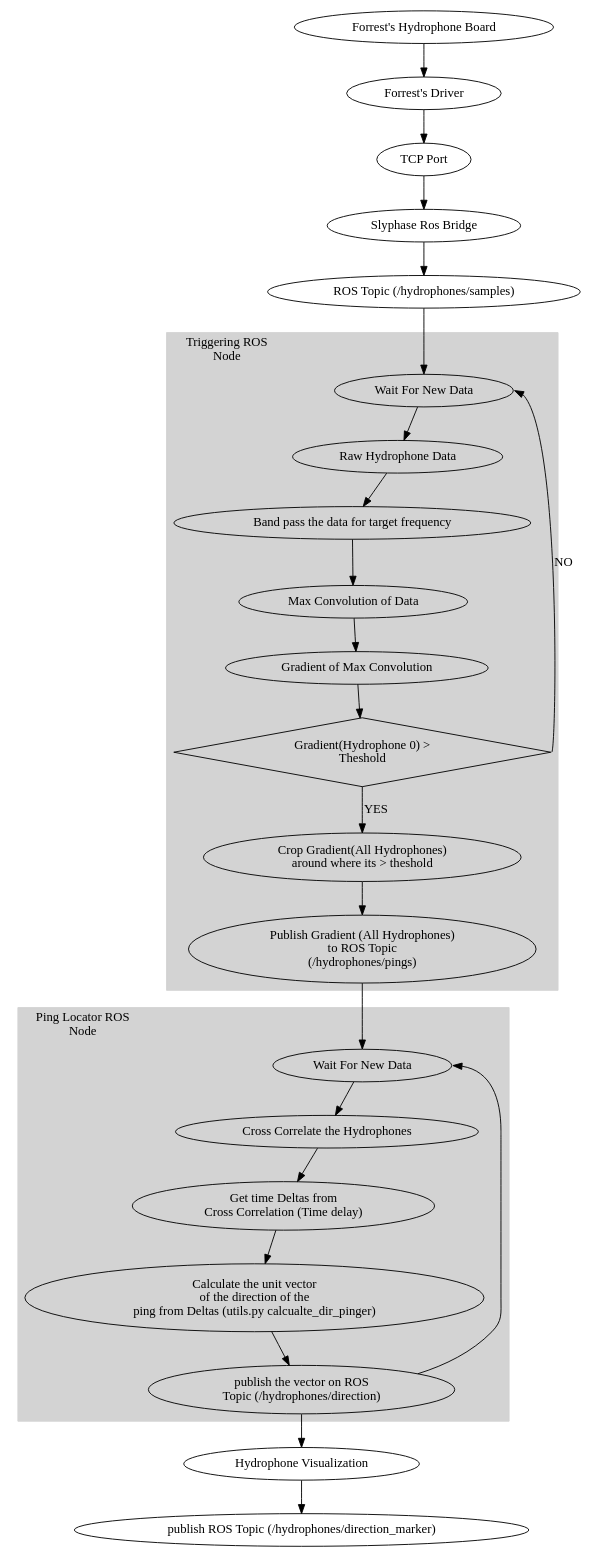
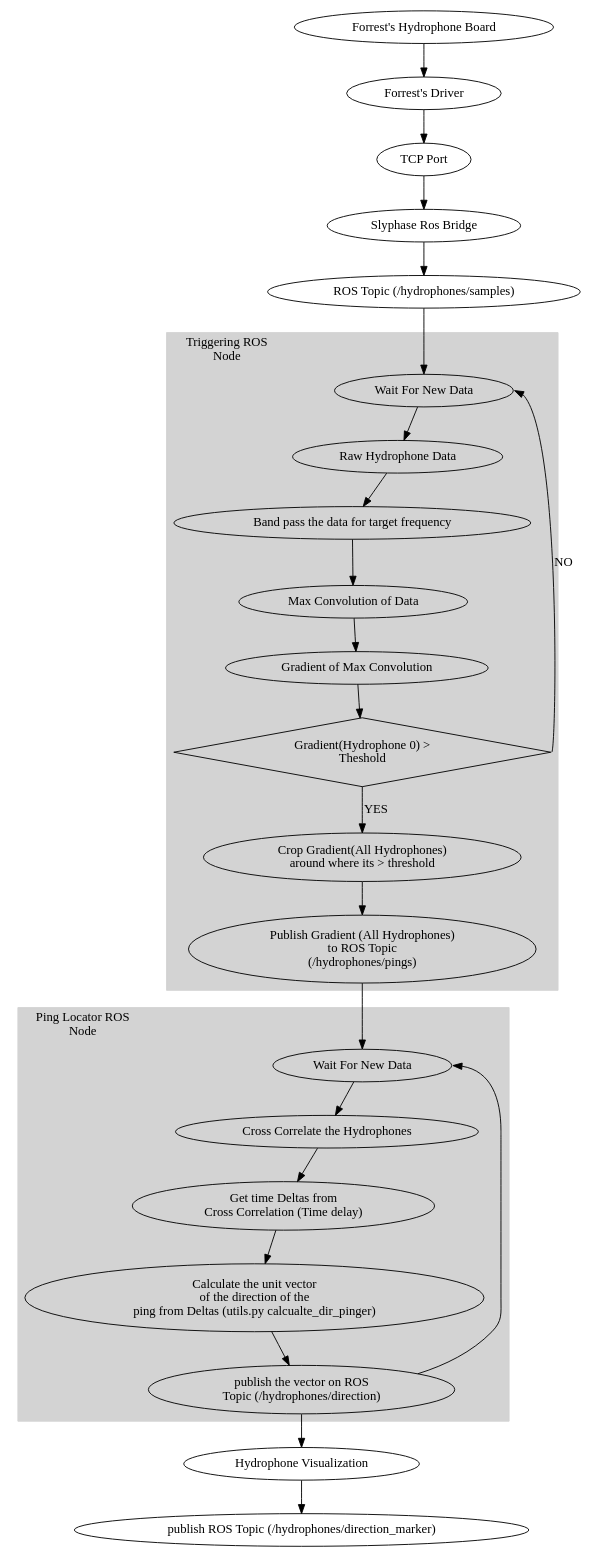
One commit to uf-mil/mil changed the diagram in docs/design/passive_sonar/passive_sonar.dot. Above: the diagram before and after it, drawn with Graphviz. The commit also changed 901 other files, not shown here.

```diff
--- a/docs/design/passive_sonar/passive_sonar.dot
+++ b/docs/design/passive_sonar/passive_sonar.dot
@@ -1,64 +1,64 @@
 digraph passive_sonar {
 
   "Forrest's Hydrophone Board" ->
   "Forrest's Driver" ->
   "TCP Port" ->
   "Slyphase Ros Bridge"->
   "ROS Topic (/hydrophones/samples)" ->
   wait_for_new_data_triggering;
-  
+
   subgraph cluster_triggering
   {
     style=filled;
     color=lightgrey;
     label = "Triggering ROS \nNode";
     labeljust="l";
     "Gradient(Hydrophone 0) >\nTheshold" [shape=diamond];
     wait_for_new_data_triggering[label="Wait For New Data"];
     wait_for_new_data_triggering ->
     "Raw Hydrophone Data"->
     "Band pass the data for target frequency"->
     "Max Convolution of Data"->
     "Gradient of Max Convolution"->
     "Gradient(Hydrophone 0) >\nTheshold";
-    
+
     "Gradient(Hydrophone 0) >\nTheshold":e ->
     wait_for_new_data_triggering:e [label="NO"];
-    
+
     "Gradient(Hydrophone 0) >\nTheshold":s ->
-    "Crop Gradient(All Hydrophones)\n around where its > theshold":n [label="YES"];
-    
-    "Crop Gradient(All Hydrophones)\n around where its > theshold" ->
+    "Crop Gradient(All Hydrophones)\n around where its > threshold":n [label="YES"];
+
+    "Crop Gradient(All Hydrophones)\n around where its > threshold" ->
     "Publish Gradient (All Hydrophones)\n to ROS Topic\n (/hydrophones/pings)";
 
   }
-  
+
   "Publish Gradient (All Hydrophones)\n to ROS Topic\n (/hydrophones/pings)"->
   wait_for_new_data_ping_locator;
-  
+
   "Hydrophone Visualization";
-  
+
   subgraph cluster_ping_locator
   {
     style=filled;
     color=lightgrey;
     label = "Ping Locator ROS\nNode";
     labeljust="l";
-    
+
     wait_for_new_data_ping_locator[label="Wait For New Data"];
     wait_for_new_data_ping_locator ->
     "Cross Correlate the Hydrophones" ->
     "Get time Deltas from \nCross Correlation (Time delay)" ->
     "Calculate the unit vector\n of the direction of the\n ping from Deltas (utils.py calcualte_dir_pinger)" ->
     "publish the vector on ROS\n Topic (/hydrophones/direction)" ->
     wait_for_new_data_ping_locator:e;
-   
+
   }
-  
+
   "publish the vector on ROS\n Topic (/hydrophones/direction)" ->
   "Hydrophone Visualization";
-  
+
   "Hydrophone Visualization" ->
   "publish ROS Topic (/hydrophones/direction_marker)"
-  
+
 }
```
